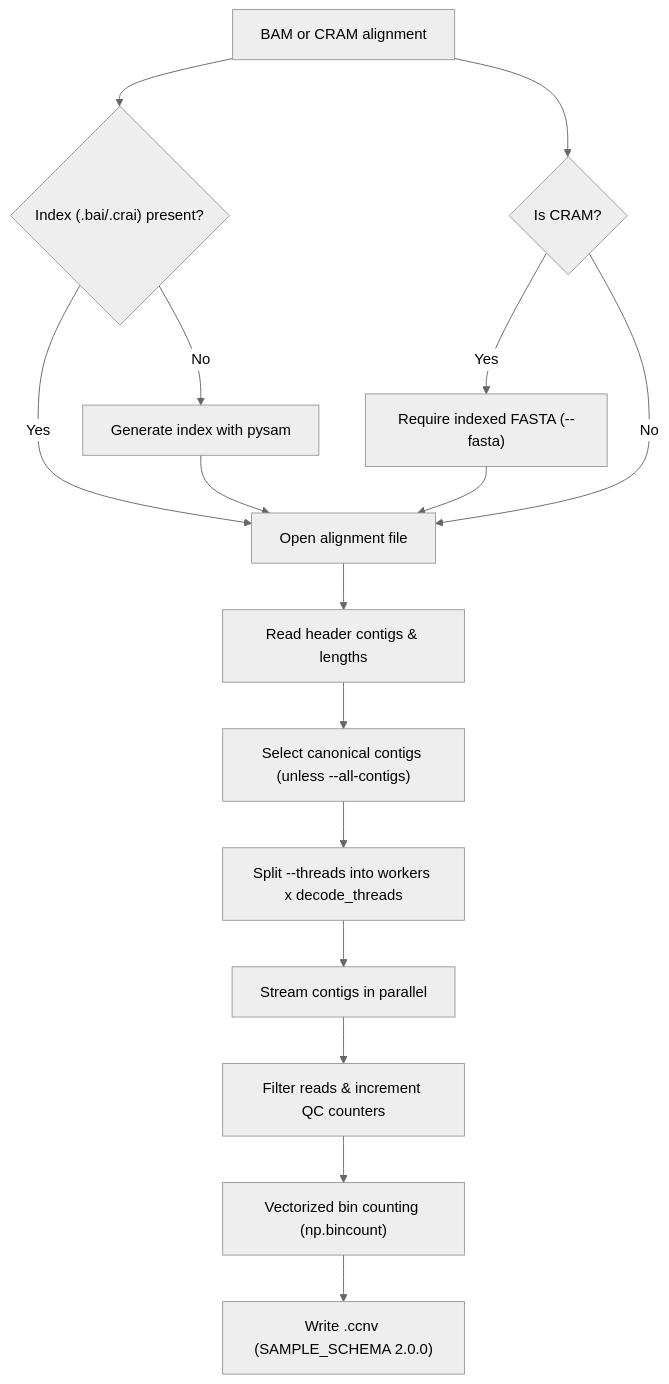
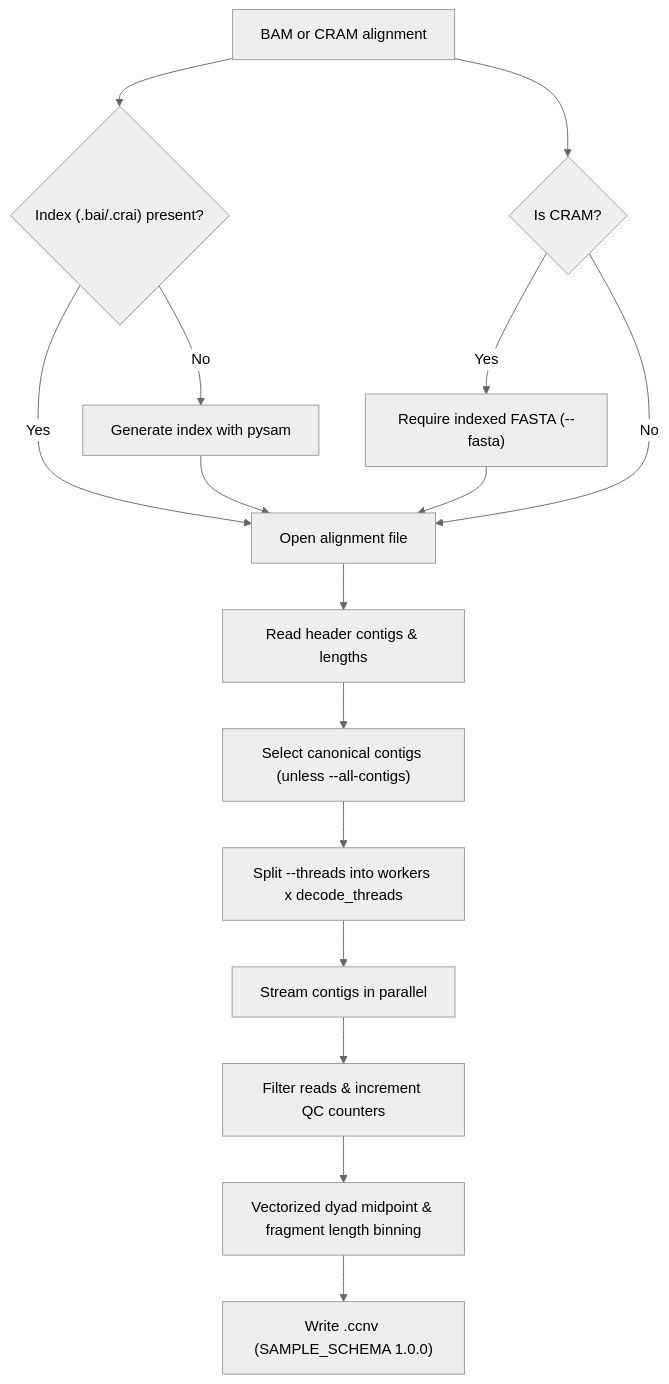
The second of 4 diagrams in docs/pipeline.md (matthdsm/ccnv), drawn with Mermaid (neutral theme) before and after one commit. The commit also changed other lines of this file and 12 other files, not shown here.

````diff
--- a/docs/pipeline.md
+++ b/docs/pipeline.md
@@ -28,18 +28,18 @@
 ```mermaid
 flowchart TD
     InAlign["BAM or CRAM alignment"] --> CheckIdx{"Index (.bai/.crai) present?"}
     CheckIdx -- No --> BuildIdx["Generate index with pysam"]
     CheckIdx -- Yes --> OpenAlign["Open alignment file"]
     BuildIdx --> OpenAlign
     InAlign --> CheckCRAM{"Is CRAM?"}
     CheckCRAM -- Yes --> CheckFai["Require indexed FASTA (--fasta)"]
     CheckFai --> OpenAlign
     CheckCRAM -- No --> OpenAlign
     OpenAlign --> ParseHeader["Read header contigs & lengths"]
     ParseHeader --> LayoutFilter["Select canonical contigs (unless --all-contigs)"]
     LayoutFilter --> Budget["Split --threads into workers x decode_threads"]
     Budget --> Stream["Stream contigs in parallel"]
     Stream --> Filter["Filter reads & increment QC counters"]
-    Filter --> Binning["Vectorized bin counting (np.bincount)"]
-    Binning --> WriteParquet["Write <prefix>.ccnv (SAMPLE_SCHEMA 2.0.0)"]
+    Filter --> Binning["Vectorized dyad midpoint & fragment length binning"]
+    Binning --> WriteParquet["Write <prefix>.ccnv (SAMPLE_SCHEMA 1.0.0)"]
 ```
````
